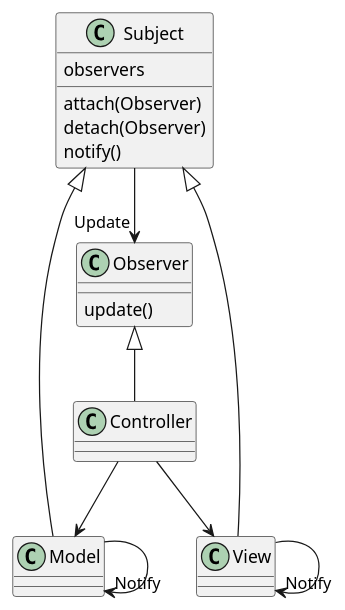
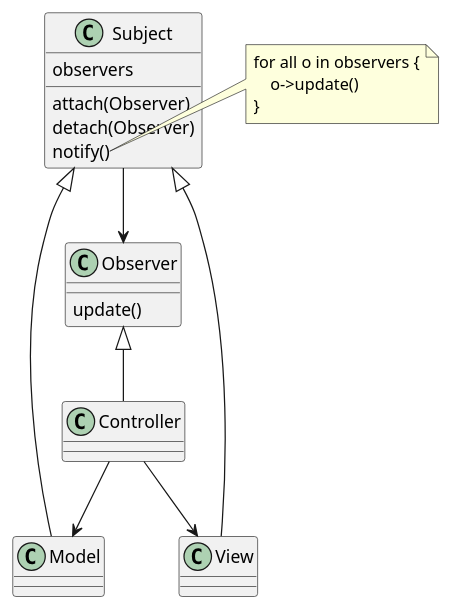
One commit to fhirter/Software-Engineering changed the diagram in Examples/Python/MVC_Observer/class_diagram.puml. Above: the diagram before and after it, drawn with PlantUML.

Commit message:
update MVC example class diagram

```diff
--- a/Examples/Python/MVC_Observer/class_diagram.puml
+++ b/Examples/Python/MVC_Observer/class_diagram.puml
@@ -1,26 +1,29 @@
 @startuml
 class Observer {
     update()
 }
 
 class Subject {
     observers
     attach(Observer)
     detach(Observer)
     notify()
+
 }
+note right of Subject::notify
+    for all o in observers {
+        o->update()
+    }
+end note
 
 Observer <|-- Controller
 
 Subject <|-- Model
 Subject <|-- View
 
-Subject --> "Update" Observer
-
-Model --> "Notify" Model
-View --> "Notify" View
+Subject --> Observer
 
 Controller --> Model
 Controller --> View
 
 @enduml
```
